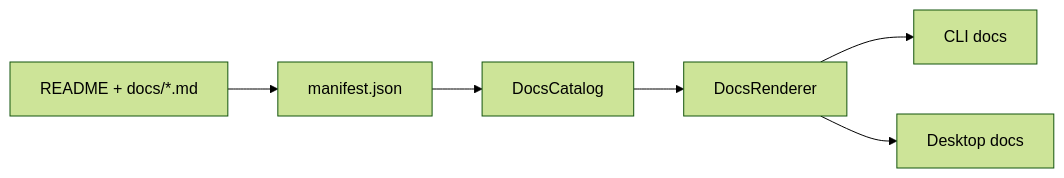
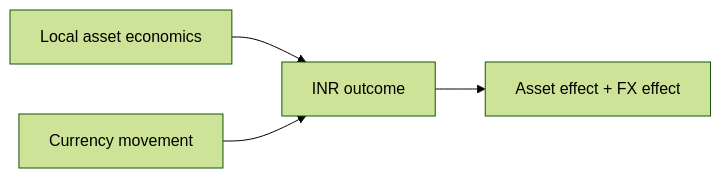
Before and after one commit to tks18/personal-finance-etl: diagram 16 of 31 in README.md, drawn with Mermaid (forest theme). The commit also changed other lines of this file, not shown here.

````diff
--- a/README.md
+++ b/README.md
@@ -595,8 +552,6 @@
 ```mermaid
 flowchart LR
-    MD["README + docs/*.md"] --> MAN["manifest.json"]
-    MAN --> CAT["DocsCatalog"]
-    CAT --> RENDER["DocsRenderer"]
-    RENDER --> CLI["CLI docs"]
-    RENDER --> GUI["Desktop docs"]
+    LOCAL["Local asset economics"] --> INR["INR outcome"]
+    FX["Currency movement"] --> INR
+    INR --> ATTR["Asset effect + FX effect"]
 ```
````
